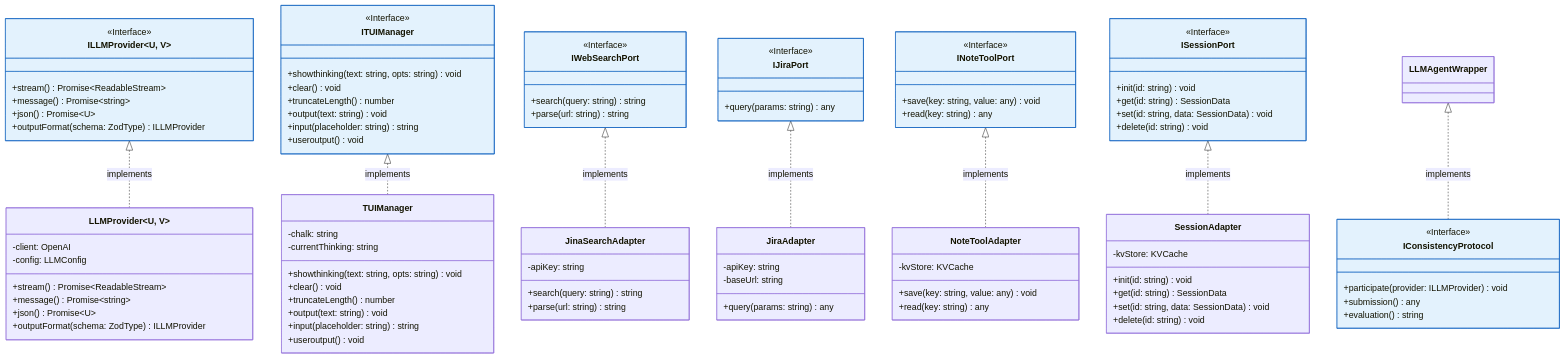
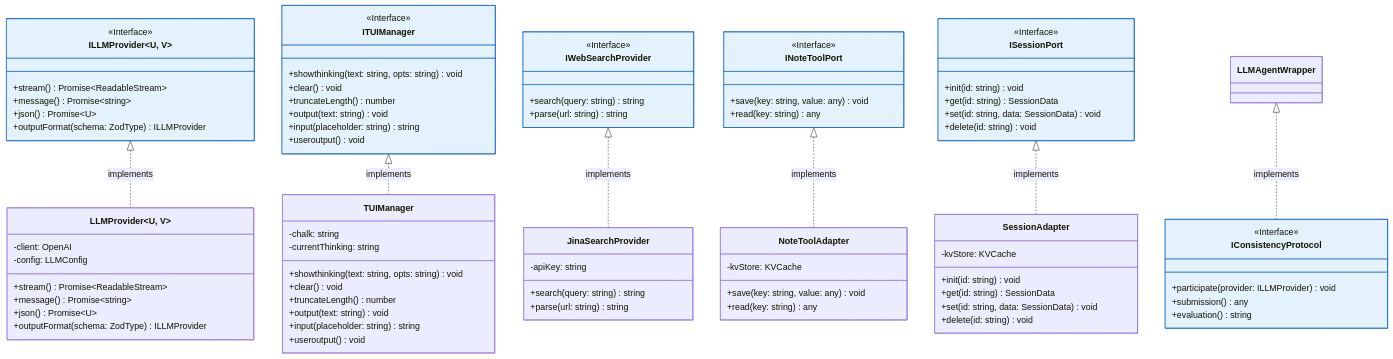
One commit to Glitch-guy0/self-consistency-research-agent changed the first of 5 diagrams in _bmad-output/planning-artifacts/class-diagram.md. Above: the diagram before and after it, drawn with Mermaid. The commit also changed other lines of this file and 7 other files, not shown here.

Commit message:
plan: uml approved and validated

```diff
--- a/_bmad-output/planning-artifacts/class-diagram.md
+++ b/_bmad-output/planning-artifacts/class-diagram.md
@@ -24,15 +24,10 @@
         +useroutput() void
     }
 
-    class IWebSearchPort {
+    class IWebSearchProvider {
         <<Interface>>
         +search(query: string) string
         +parse(url: string) string
-    }
-
-    class IJiraPort {
-        <<Interface>>
-        +query(params: string) any
     }
 
     class INoteToolPort {
@@ -65,16 +60,10 @@
         +outputFormat(schema: ZodType) ILLMProvider
     }
 
-    class JinaSearchAdapter {
+    class JinaSearchProvider {
         -apiKey: string
         +search(query: string) string
         +parse(url: string) string
-    }
-
-    class JiraAdapter {
-        -apiKey: string
-        -baseUrl: string
-        +query(params: string) any
     }
 
     class NoteToolAdapter {
@@ -104,8 +93,7 @@
 
     ILLMProvider <|.. LLMProvider : implements
     ITUIManager <|.. TUIManager : implements
-    IWebSearchPort <|.. JinaSearchAdapter : implements
-    IJiraPort <|.. JiraAdapter : implements
+    IWebSearchProvider <|.. JinaSearchProvider : implements
     INoteToolPort <|.. NoteToolAdapter : implements
     ISessionPort <|.. SessionAdapter : implements
 
@@ -113,8 +101,7 @@
 
     style ILLMProvider fill:#e3f2fd,stroke:#1565c0
     style ITUIManager fill:#e3f2fd,stroke:#1565c0
-    style IWebSearchPort fill:#e3f2fd,stroke:#1565c0
-    style IJiraPort fill:#e3f2fd,stroke:#1565c0
+    style IWebSearchProvider fill:#e3f2fd,stroke:#1565c0
     style INoteToolPort fill:#e3f2fd,stroke:#1565c0
     style ISessionPort fill:#e3f2fd,stroke:#1565c0
     style IConsistencyProtocol fill:#e3f2fd,stroke:#1565c0
```
